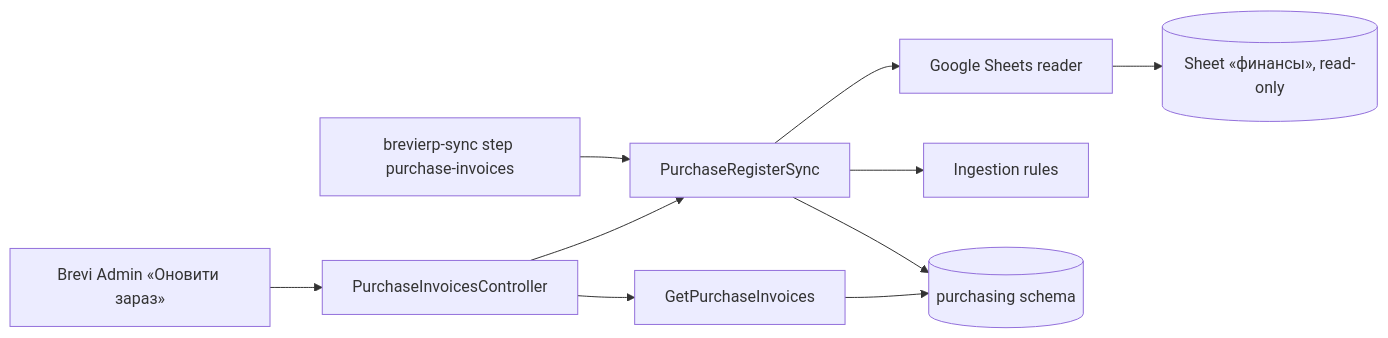
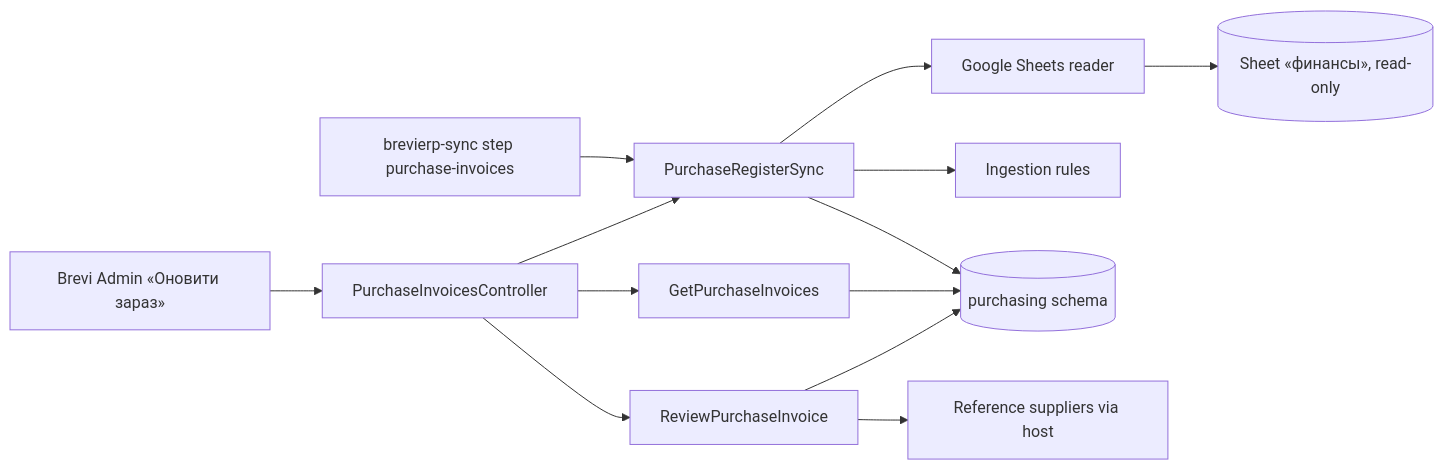
One commit to Weretik/BreviERP changed the diagram in docs/sdd/features/purchasing/purchase-invoices.md. Above: the diagram before and after it, drawn with Mermaid. The commit also changed other lines of this file and 32 other files, not shown here.

````diff
--- a/docs/sdd/features/purchasing/purchase-invoices.md
+++ b/docs/sdd/features/purchasing/purchase-invoices.md
@@ -33,12 +36,15 @@
 ```mermaid
 flowchart LR
   Admin[Brevi Admin «Оновити зараз»] --> Controller[PurchaseInvoicesController]
   Job[brevierp-sync step purchase-invoices] --> Sync
   Controller --> Sync[PurchaseRegisterSync]
   Controller --> Query[GetPurchaseInvoices]
   Sync --> Reader[Google Sheets reader]
   Reader --> Sheet[(Sheet «финансы», read-only)]
   Sync --> Rules[Ingestion rules]
   Sync --> Db[(purchasing schema)]
   Query --> Db
+  Controller --> Review[ReviewPurchaseInvoice]
+  Review --> Suppliers[Reference suppliers via host]
+  Review --> Db
 ```
````
